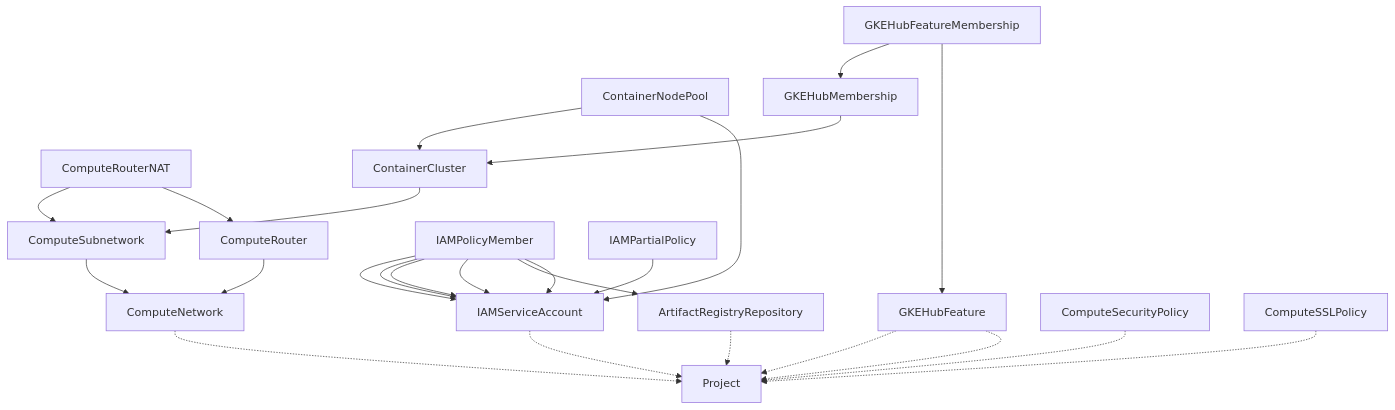
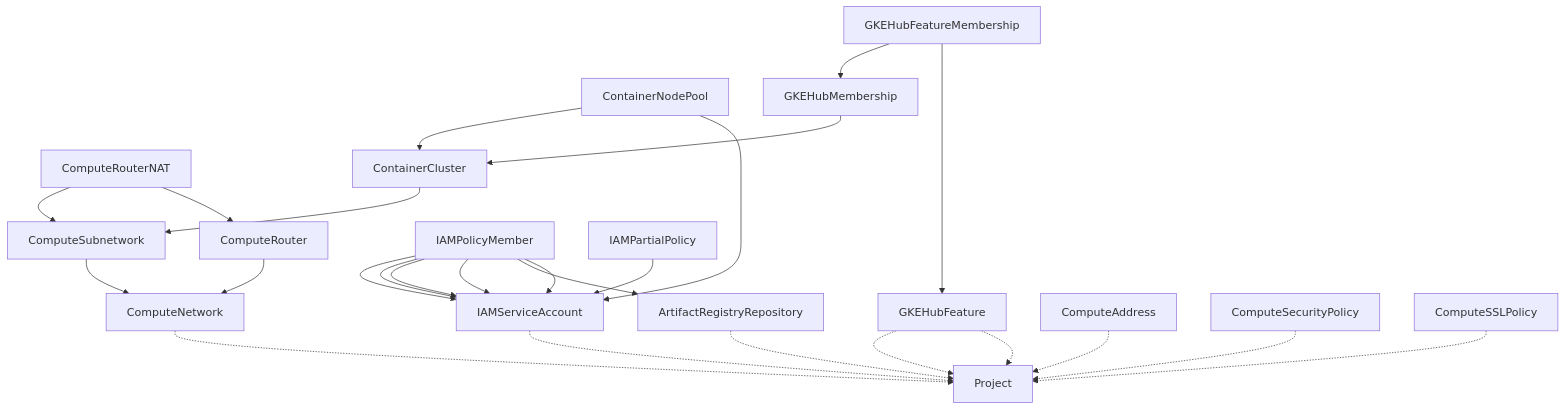
The diagram in content/ingress-gateway/set-up-cloud-armor.md (mathieu-benoit/acm-workshop), drawn with Mermaid before and after one commit. The commit also changed 5 other files, not shown here.

```diff
--- a/content/ingress-gateway/set-up-cloud-armor.md
+++ b/content/ingress-gateway/set-up-cloud-armor.md
@@ -120,27 +120,28 @@
 {{< mermaid >}}
 graph TD;
   ComputeNetwork-.->Project
   IAMServiceAccount-.->Project
   GKEHubFeature-.->Project
   ArtifactRegistryRepository-.->Project
   GKEHubFeature-.->Project
+  ComputeAddress-.->Project
   ComputeSecurityPolicy-.->Project
   ComputeSSLPolicy-.->Project
   ComputeSubnetwork-->ComputeNetwork
   ComputeRouterNAT-->ComputeSubnetwork
   ComputeRouterNAT-->ComputeRouter
   ComputeRouter-->ComputeNetwork
   ContainerNodePool-->ContainerCluster
   ContainerNodePool-->IAMServiceAccount
   IAMPolicyMember-->IAMServiceAccount
   IAMPolicyMember-->IAMServiceAccount
   IAMPolicyMember-->IAMServiceAccount
   IAMPolicyMember-->IAMServiceAccount
   IAMPartialPolicy-->IAMServiceAccount
   ContainerCluster-->ComputeSubnetwork
   GKEHubFeatureMembership-->GKEHubMembership
   GKEHubFeatureMembership-->GKEHubFeature
   GKEHubMembership-->ContainerCluster
   IAMPolicyMember-->ArtifactRegistryRepository
   IAMPolicyMember-->IAMServiceAccount
 {{< /mermaid >}}
```
